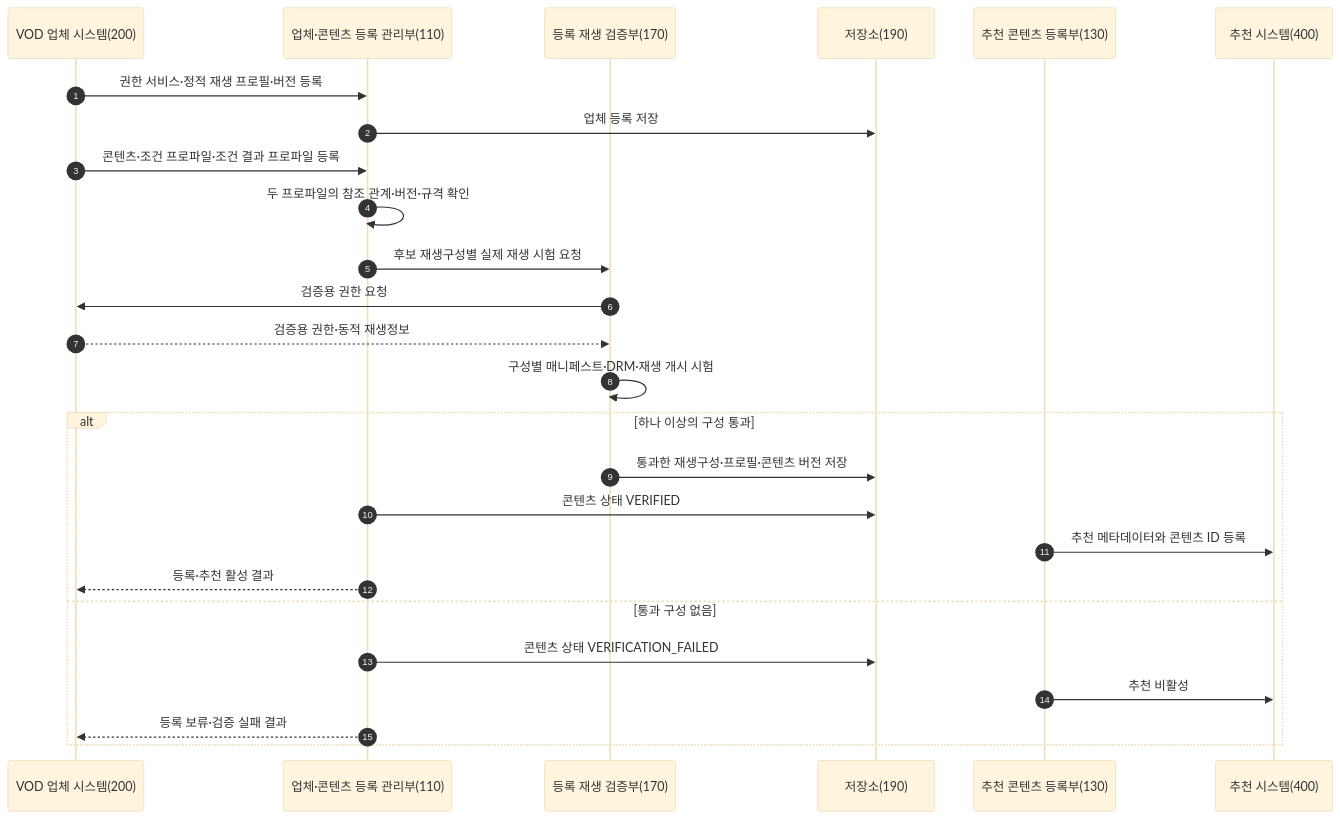
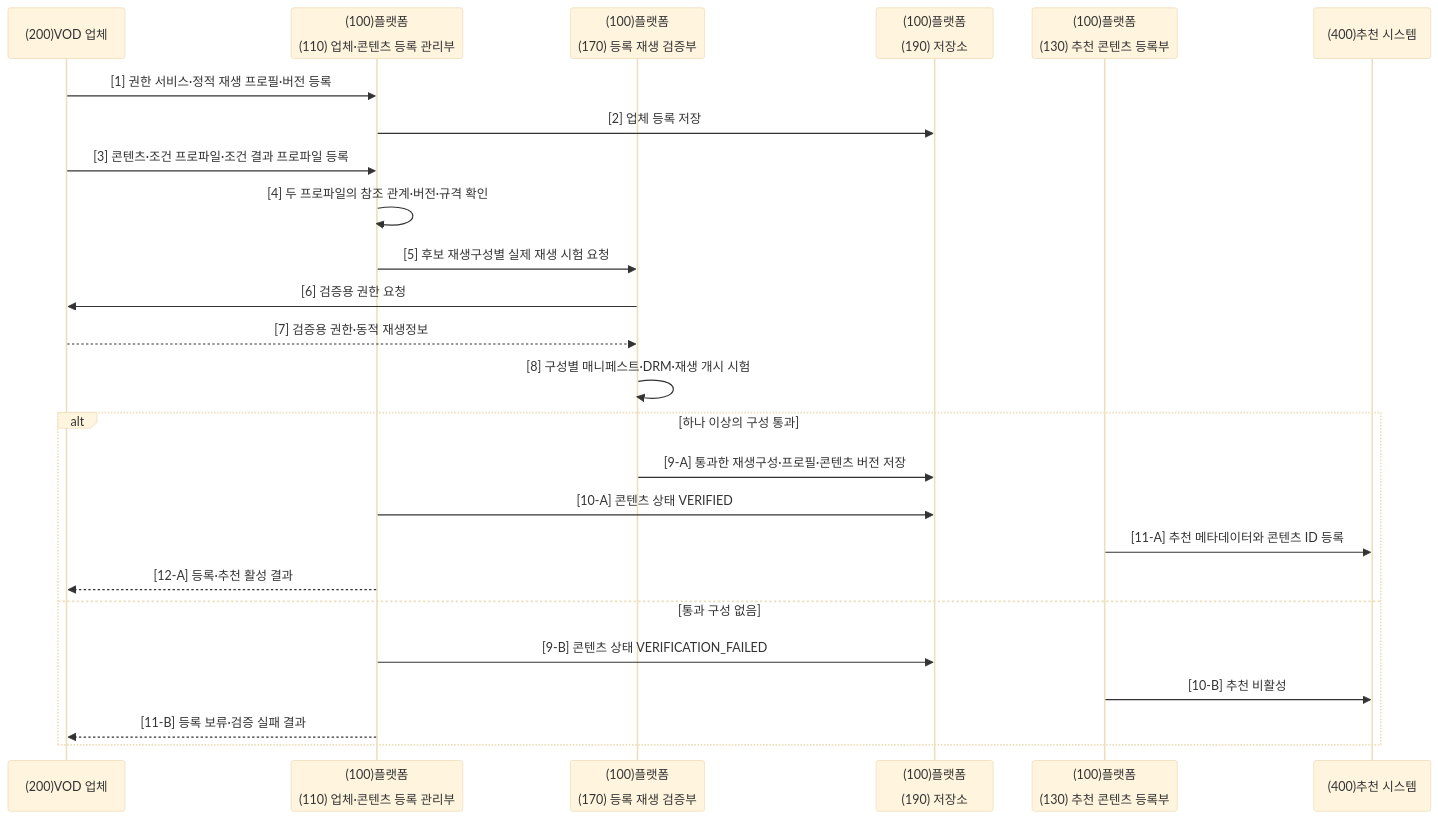
Before and after one commit to growdai1y/instant-play: the fifth of 14 diagrams in instant_play_직무발명서_개선본.md, drawn with Mermaid (base theme). The commit also changed other lines of this file and 1 other file, not shown here.

Commit message:
Standardize Mermaid diagram labels

````diff
--- a/instant_play_직무발명서_개선본.md
+++ b/instant_play_직무발명서_개선본.md
@@ -1104,29 +1104,28 @@
 ```mermaid
 sequenceDiagram
-    autonumber
-    participant V as VOD 업체 시스템(200)
-    participant M as 업체·콘텐츠 등록 관리부(110)
-    participant X as 등록 재생 검증부(170)
-    participant S as 저장소(190)
-    participant R as 추천 콘텐츠 등록부(130)
-    participant C as 추천 시스템(400)
+    participant V as (200)VOD 업체
+    participant M as (100)플랫폼<br/><br/>(110) 업체·콘텐츠 등록 관리부
+    participant X as (100)플랫폼<br/><br/>(170) 등록 재생 검증부
+    participant S as (100)플랫폼<br/><br/>(190) 저장소
+    participant R as (100)플랫폼<br/><br/>(130) 추천 콘텐츠 등록부
+    participant C as (400)추천 시스템
 
-    V->>M: 권한 서비스·정적 재생 프로필·버전 등록
-    M->>S: 업체 등록 저장
-    V->>M: 콘텐츠·조건 프로파일·조건 결과 프로파일 등록
-    M->>M: 두 프로파일의 참조 관계·버전·규격 확인
-    M->>X: 후보 재생구성별 실제 재생 시험 요청
-    X->>V: 검증용 권한 요청
-    V-->>X: 검증용 권한·동적 재생정보
-    X->>X: 구성별 매니페스트·DRM·재생 개시 시험
+    V->>M: [1] 권한 서비스·정적 재생 프로필·버전 등록
+    M->>S: [2] 업체 등록 저장
+    V->>M: [3] 콘텐츠·조건 프로파일·조건 결과 프로파일 등록
+    M->>M: [4] 두 프로파일의 참조 관계·버전·규격 확인
+    M->>X: [5] 후보 재생구성별 실제 재생 시험 요청
+    X->>V: [6] 검증용 권한 요청
+    V-->>X: [7] 검증용 권한·동적 재생정보
+    X->>X: [8] 구성별 매니페스트·DRM·재생 개시 시험
     alt 하나 이상의 구성 통과
-        X->>S: 통과한 재생구성·프로필·콘텐츠 버전 저장
-        M->>S: 콘텐츠 상태 VERIFIED
-        R->>C: 추천 메타데이터와 콘텐츠 ID 등록
-        M-->>V: 등록·추천 활성 결과
+        X->>S: [9-A] 통과한 재생구성·프로필·콘텐츠 버전 저장
+        M->>S: [10-A] 콘텐츠 상태 VERIFIED
+        R->>C: [11-A] 추천 메타데이터와 콘텐츠 ID 등록
+        M-->>V: [12-A] 등록·추천 활성 결과
     else 통과 구성 없음
-        M->>S: 콘텐츠 상태 VERIFICATION_FAILED
-        R->>C: 추천 비활성
-        M-->>V: 등록 보류·검증 실패 결과
+        M->>S: [9-B] 콘텐츠 상태 VERIFICATION_FAILED
+        R->>C: [10-B] 추천 비활성
+        M-->>V: [11-B] 등록 보류·검증 실패 결과
     end
 ```
````
